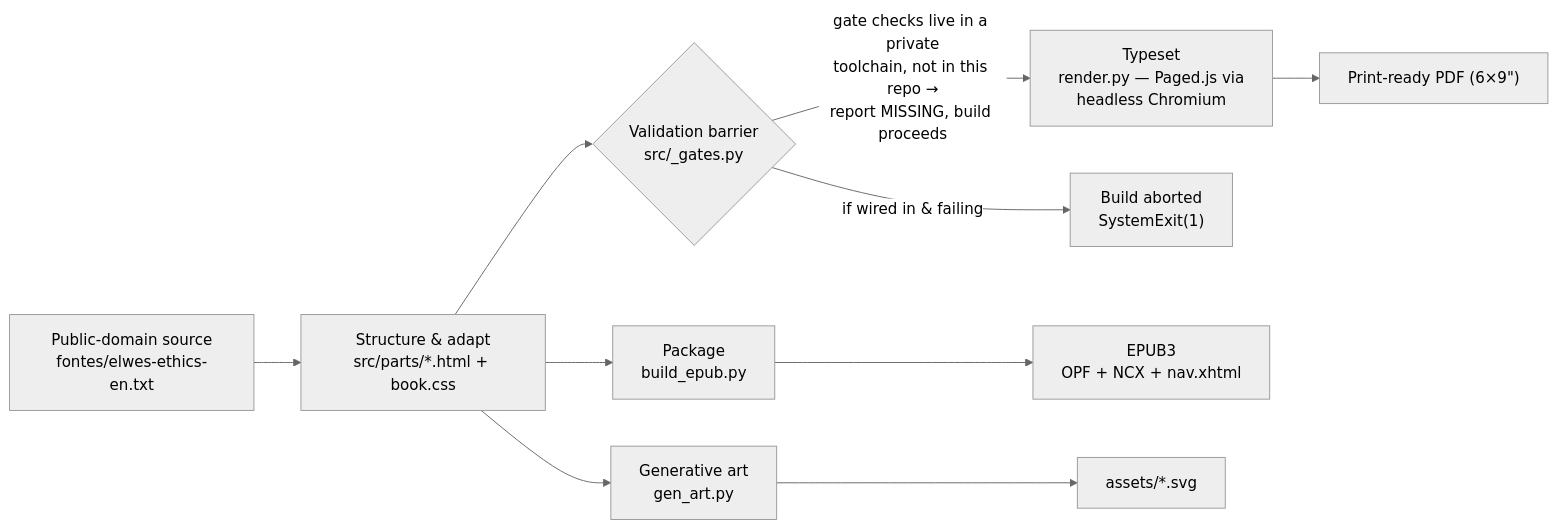
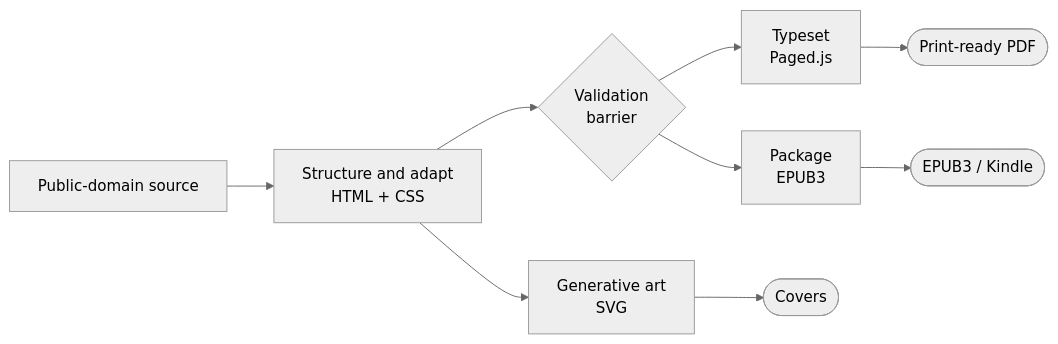
Before and after one commit to augbastos/etica: the diagram in README.md, drawn with Mermaid (neutral theme). The commit also changed other lines of this file, not shown here.

````diff
--- a/README.md
+++ b/README.md
@@ -25,10 +33,11 @@
 ```mermaid
 flowchart LR
-    A["Public-domain source<br/>fontes/elwes-ethics-en.txt"] --> B["Structure &amp; adapt<br/>src/parts/*.html + book.css"]
-    B --> C{"Validation barrier<br/>src/_gates.py"}
-    C -->|"gate checks live in a private<br/>toolchain, not in this repo →<br/>report MISSING, build proceeds"| D
-    C -->|"if wired in &amp; failing"| X["Build aborted<br/>SystemExit(1)"]
-    D["Typeset<br/>render.py — Paged.js via<br/>headless Chromium"] --> PDF["Print-ready PDF (6×9&quot;)"]
-    B --> E["Package<br/>build_epub.py"] --> EPUB["EPUB3<br/>OPF + NCX + nav.xhtml"]
-    B --> F["Generative art<br/>gen_art.py"] --> SVG["assets/*.svg"]
+    SRC["Public-domain source"] --> ADAPT["Structure and adapt<br/>HTML + CSS"]
+    ADAPT --> GATE{"Validation<br/>barrier"}
+    GATE --> TYPE["Typeset<br/>Paged.js"]
+    GATE --> PACK["Package<br/>EPUB3"]
+    ADAPT --> ART["Generative art<br/>SVG"]
+    TYPE --> PDF(["Print-ready PDF"])
+    PACK --> EPUB(["EPUB3 / Kindle"])
+    ART --> COVER(["Covers"])
 ```
````
